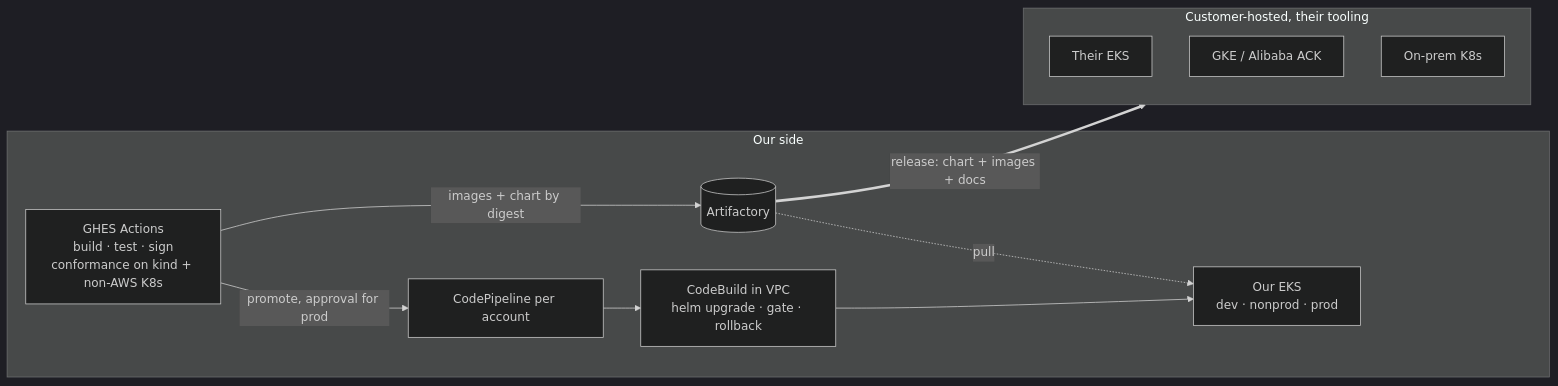
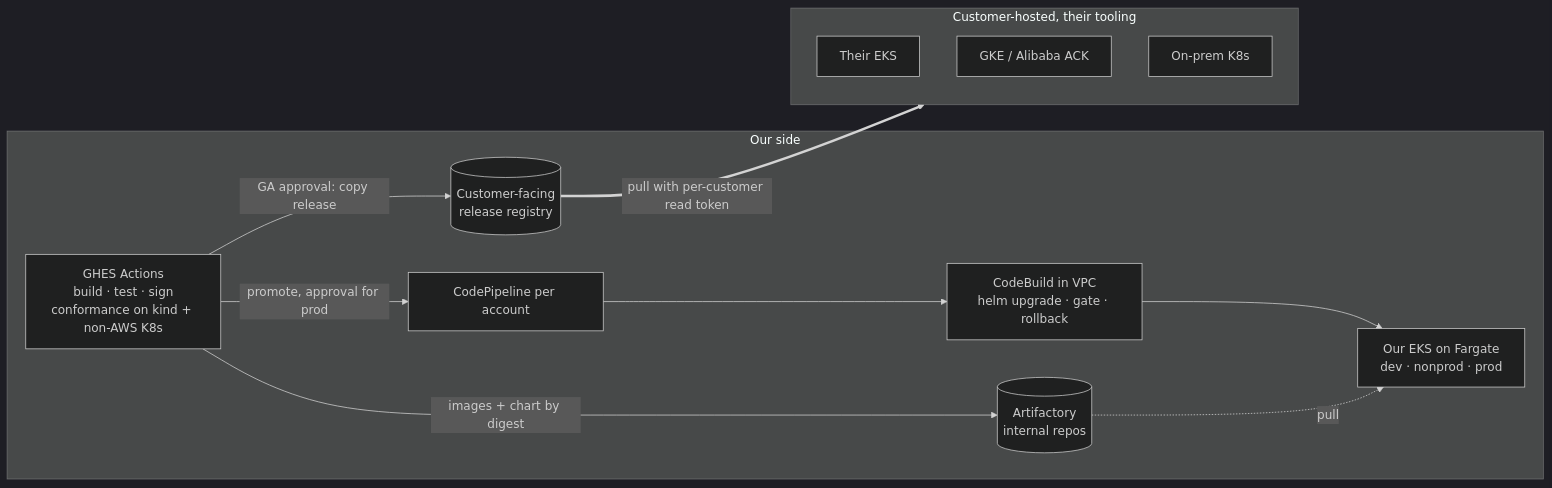
The first of 2 diagrams in PROPOSAL.md (sholtomaud/GHES-EKS-zero-downtime-deployments), drawn with Mermaid (dark theme) before and after one commit. The commit also changed other lines of this file and 2 other files, not shown here.

First line of the commit message:
Proposal v4: registry distribution, rolling rollback, Fargate

````diff
--- a/PROPOSAL.md
+++ b/PROPOSAL.md
@@ -49,16 +57,17 @@
 ```mermaid
 flowchart LR
   subgraph ours[Our side]
-    ghes[GHES Actions<br/>build · test · sign<br/>conformance on kind + non-AWS K8s] -->|images + chart by digest| art[(Artifactory)]
+    ghes[GHES Actions<br/>build · test · sign<br/>conformance on kind + non-AWS K8s] -->|images + chart by digest| art[(Artifactory<br/>internal repos)]
     ghes -->|promote, approval for prod| cp[CodePipeline per account]
     cp --> cb[CodeBuild in VPC<br/>helm upgrade · gate · rollback]
-    cb --> eks[Our EKS<br/>dev · nonprod · prod]
+    cb --> eks[Our EKS on Fargate<br/>dev · nonprod · prod]
     art -. pull .-> eks
+    ghes -->|GA approval: copy release| pub[(Customer-facing<br/>release registry)]
   end
-  art ==>|release: chart + images + docs| cust
+  pub ==>|pull with per-customer read token| cust
   subgraph cust[Customer-hosted, their tooling]
     c1[Their EKS]
     c2[GKE / Alibaba ACK]
     c3[On-prem K8s]
   end
 ```
````
